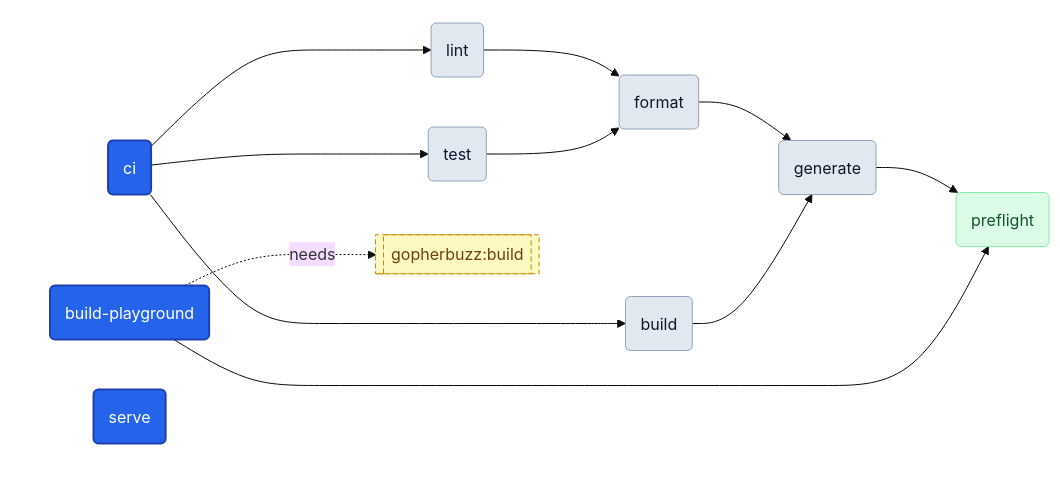
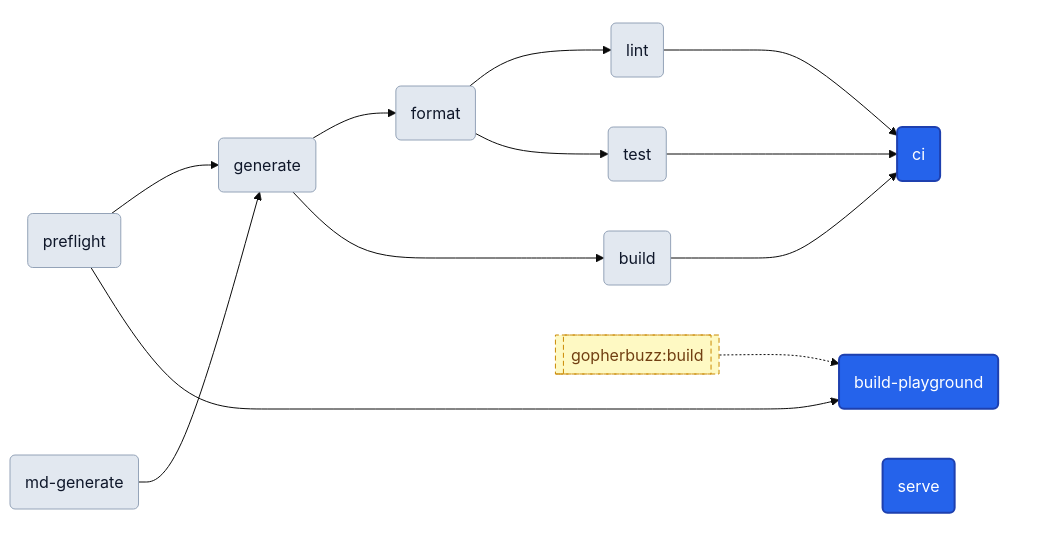
The sixth of 6 diagrams in MAGUS.md (egladman/magus), drawn with Mermaid (base theme) before and after one commit. The commit also changed other lines of this file and 174 other files, not shown here.

````diff
--- a/MAGUS.md
+++ b/MAGUS.md
@@ -667,40 +688,40 @@
 ```mermaid
 ---
 config:
   flowchart:
     nodeSpacing: 50
     rankSpacing: 80
 ---
 graph LR
   subgraph entry_cluster[" "]
     ci("ci")
     build_playground("build-playground")
     serve("serve")
   end
   preflight("preflight")
+  md_generate("md-generate")
   generate("generate")
   format("format")
   lint("lint")
   build("build")
   test("test")
   xt_gopherbuzz_build[["gopherbuzz:build"]]
-  generate --> preflight
-  format --> generate
-  lint --> format
-  build --> generate
-  test --> format
-  ci --> lint
-  ci --> build
-  ci --> test
-  build_playground --> preflight
-  build_playground -.->|"needs"| xt_gopherbuzz_build
+  preflight --> generate
+  md_generate --> generate
+  generate --> format
+  format --> lint
+  generate --> build
+  format --> test
+  lint --> ci
+  build --> ci
+  test --> ci
+  preflight --> build_playground
+  xt_gopherbuzz_build -.-> build_playground
   classDef anchor fill:#2563eb,color:#ffffff,stroke:#1e40af,stroke-width:2px
-  classDef mid fill:#e2e8f0,color:#0f172a,stroke:#94a3b8
-  classDef leaf fill:#dcfce7,color:#14532d,stroke:#86efac
+  classDef target fill:#e2e8f0,color:#0f172a,stroke:#94a3b8
   classDef external fill:#fef9c3,color:#713f12,stroke:#ca8a04,stroke-dasharray:5 3
   class build_playground,ci,serve anchor
-  class build,format,generate,lint,test mid
-  class preflight leaf
+  class build,format,generate,lint,md_generate,preflight,test target
   class xt_gopherbuzz_build external
   style entry_cluster fill:transparent,stroke:transparent
 ```
````
